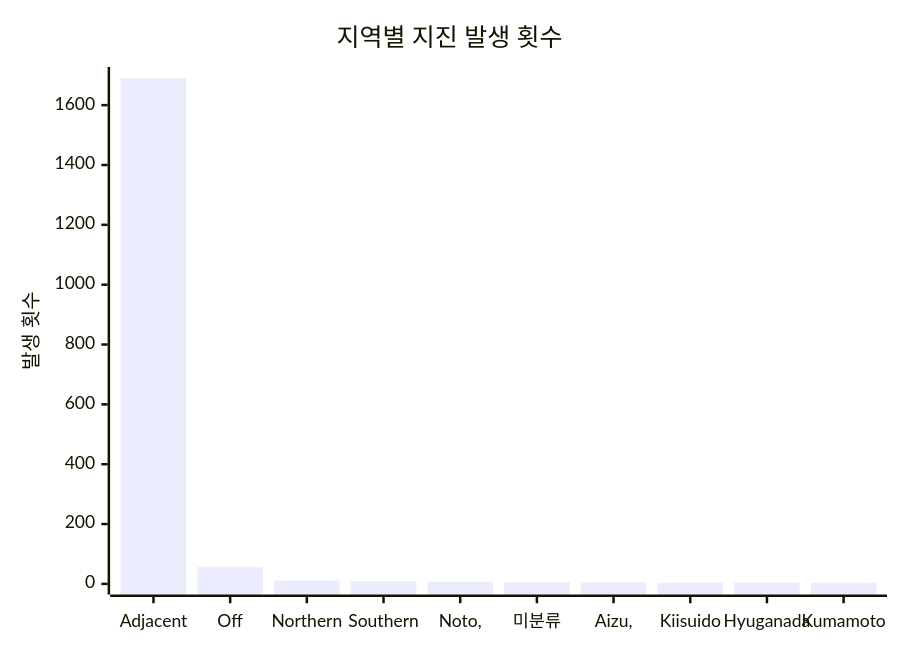
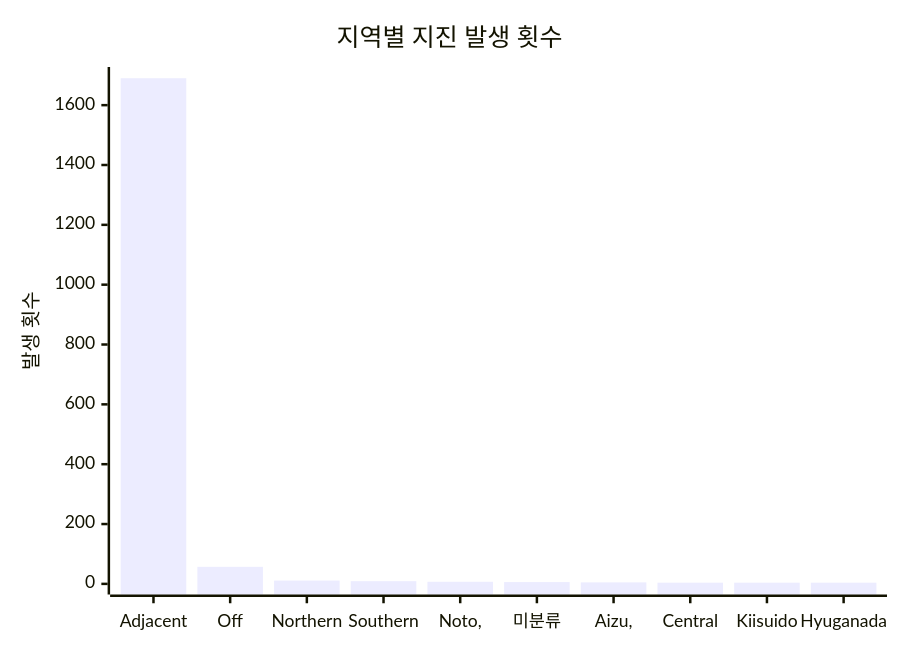
The diagram in charts/region-chart.md (serendip811/japan-eq), drawn with Mermaid before and after one commit. The commit also changed other lines of this file and 5 other files, not shown here.

Commit message:
Update earthquake data and charts Fri Jul 11 19:03:36 UTC 2025

````diff
--- a/charts/region-chart.md
+++ b/charts/region-chart.md
@@ -3,7 +3,7 @@
 ```mermaid
 xychart-beta
     title "지역별 지진 발생 횟수"
-    x-axis ["Adjacent", "Off", "Northern", "Southern", "Noto,", "미분류", "Aizu,", "Kiisuido", "Hyuganada", "Kumamoto"]
+    x-axis ["Adjacent", "Off", "Northern", "Southern", "Noto,", "미분류", "Aizu,", "Central", "Kiisuido", "Hyuganada"]
     y-axis "발생 횟수" 0 --> 1692
-    bar [1690, 56, 11, 9, 7, 6, 5, 4, 4, 3]
+    bar [1690, 57, 11, 9, 7, 6, 5, 4, 4, 4]
 ```
````
